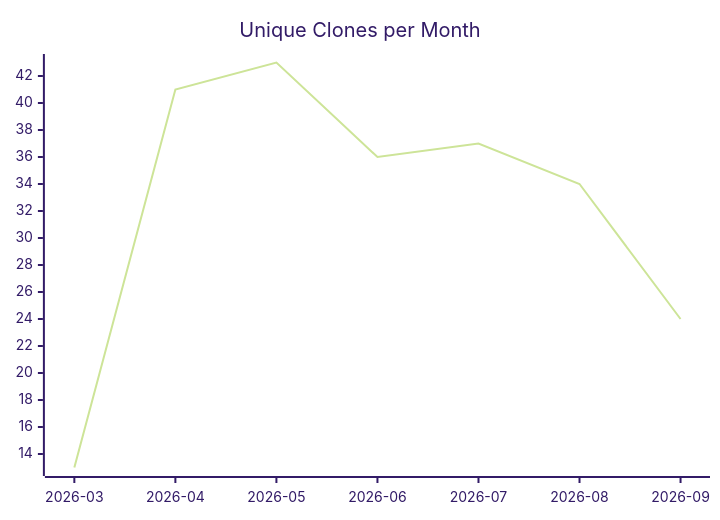
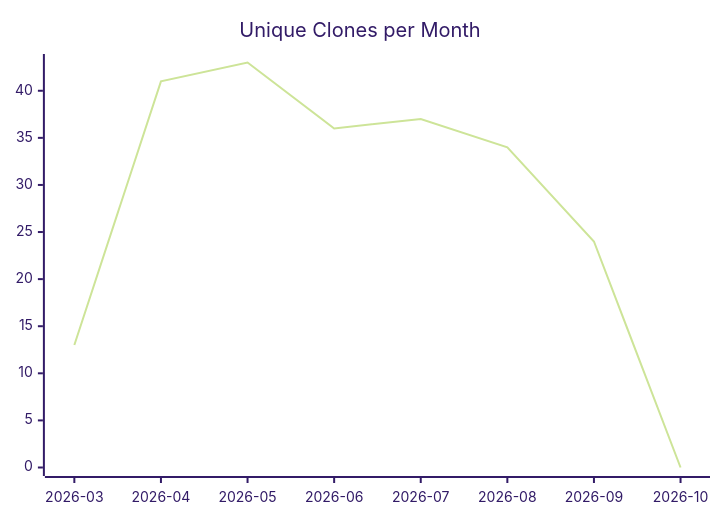
One commit to justdavis-family/github-analytics-data changed the third of 3 diagrams in karlmdavis/usgs-water-api-java/README.md. Above: the diagram before and after it, drawn with Mermaid (forest theme). The commit also changed other lines of this file and 202 other files, not shown here.

````diff
--- a/karlmdavis/usgs-water-api-java/README.md
+++ b/karlmdavis/usgs-water-api-java/README.md
@@ -19,6 +19,6 @@
 ```mermaid
 xychart-beta
   title "Unique Clones per Month"
-  x-axis ["2026-03", "2026-04", "2026-05", "2026-06", "2026-07", "2026-08", "2026-09"]
-  line [13, 41, 43, 36, 37, 34, 24]
+  x-axis ["2026-03", "2026-04", "2026-05", "2026-06", "2026-07", "2026-08", "2026-09", "2026-10"]
+  line [13, 41, 43, 36, 37, 34, 24, 0]
 ```
````
